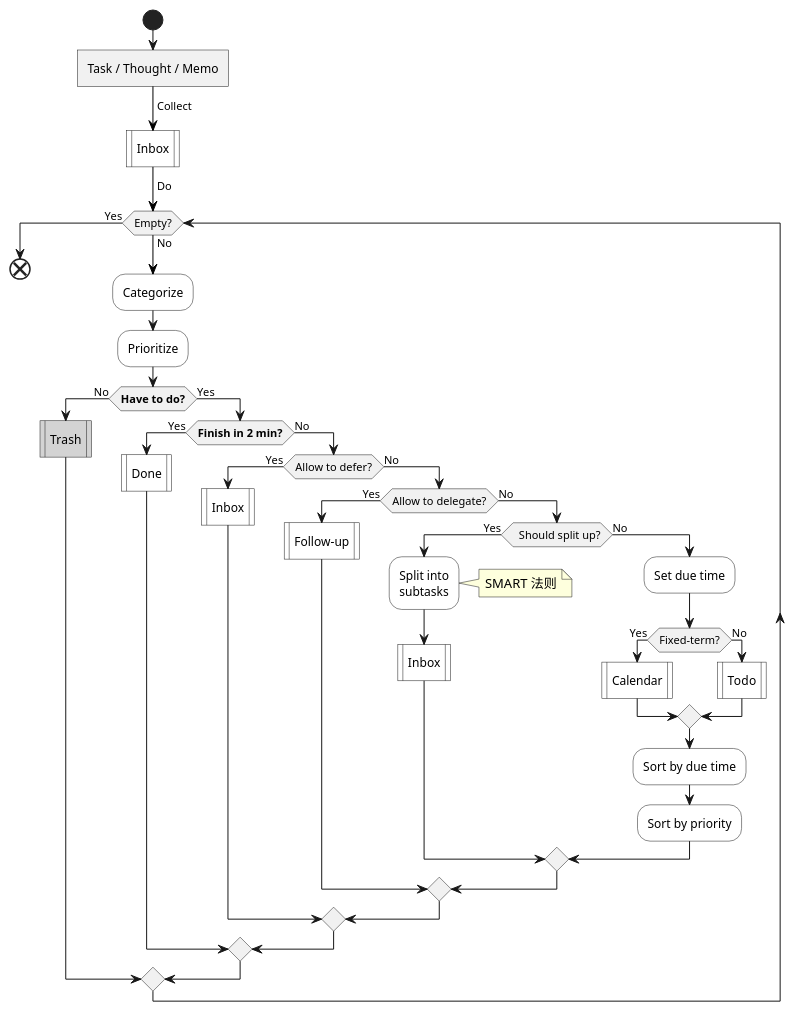
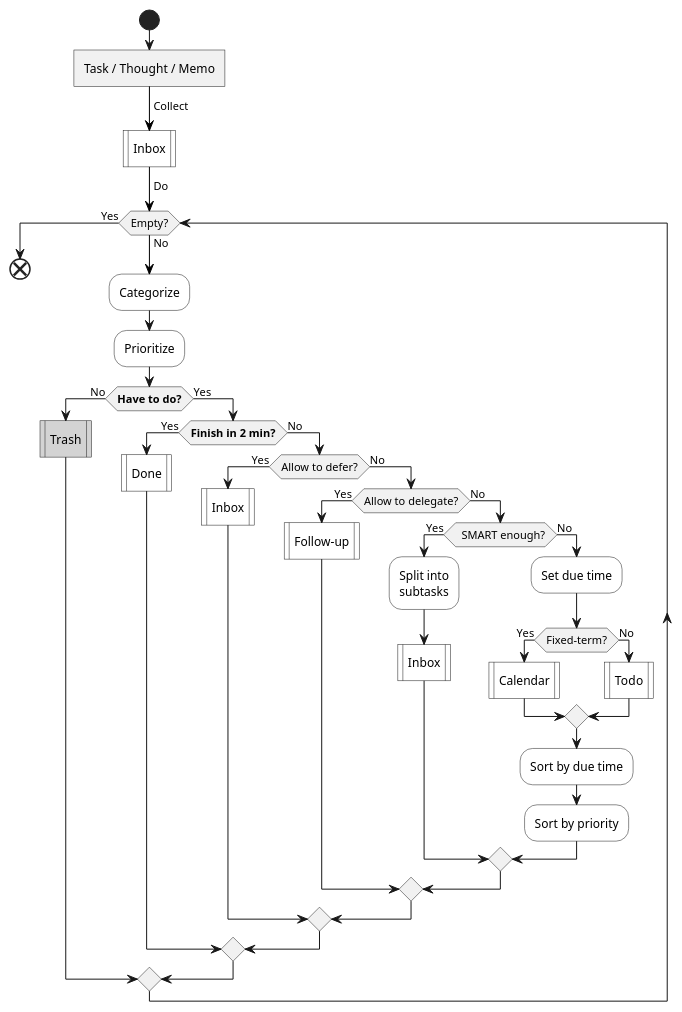
The first of 9 diagrams in life/principle/gtd.md (IceHe/lib), drawn with PlantUML before and after one commit. The commit also changed 1 other file, not shown here.

Commit message:
2021-12-26 16:08:01 Sun

````diff
--- a/life/principle/gtd.md
+++ b/life/principle/gtd.md
@@ -5,44 +5,43 @@
 ```plantuml
 @startuml
 start
 :Task / Thought / Memo]
 -[#black]-> Collect;
 #white:Inbox|
 -[#black]-> Do;
 while (Empty?) is (No)
     #white:Categorize;
     #white:Prioritize;
     if (**Have to do?**) then (No)
         #lightGray:Trash|
     else (Yes)
         if (**Finish in 2 min?**) then (Yes)
             #white:Done|
         else (No)
             if (Allow to defer?) then (Yes)
                 #white:Inbox|
             else (No)
                 if (Allow to delegate?) then (Yes)
                     #white:Follow-up|
                 else (No)
-                    if (  Should split up?) then (Yes)
+                    if (  SMART enough?) then (Yes)
                         #white:Split into\nsubtasks;
-                        note right : SMART 法则
                         #white:Inbox|
                     else (No)
                         #white:Set due time;
                         if (Fixed-term?) then (Yes)
                             #white:Calendar|
                         else (No)
                             #white:Todo|
                         endif
                         #white:Sort by due time;
                         #white:Sort by priority;
                     endif
                 endif
             endif
         endif
     endif
 endwhile (Yes)
 end
 @enduml
 ```
````
